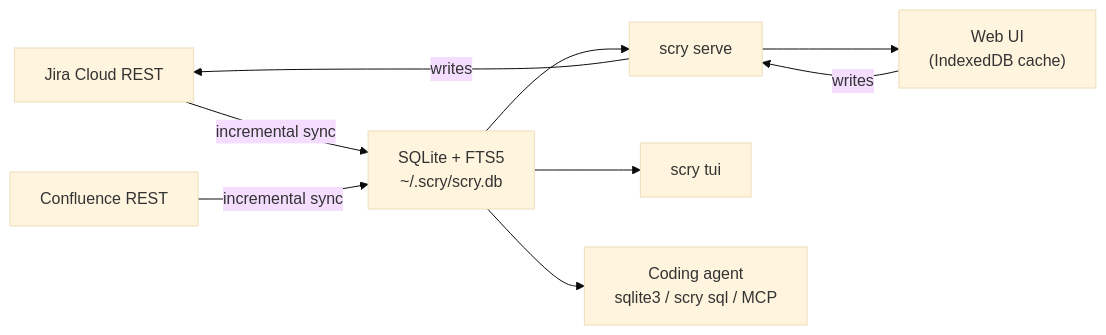
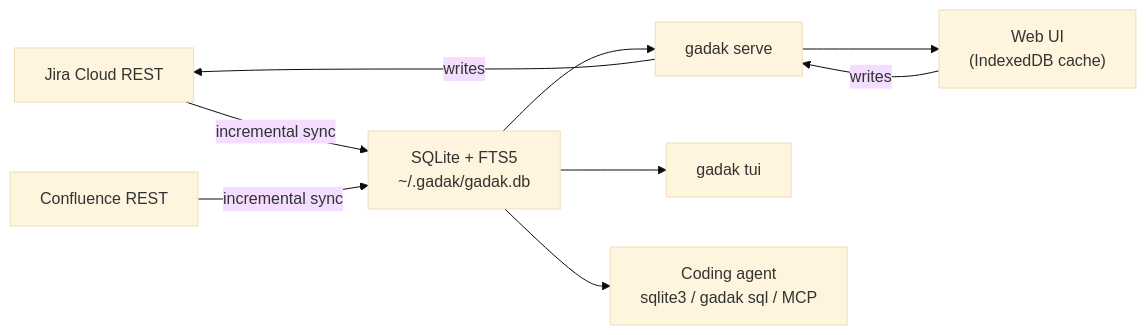
One commit to midagedev/gadak changed the diagram in README.md. Above: the diagram before and after it, drawn with Mermaid (base theme). The commit also changed other lines of this file and 298 other files, not shown here.

First line of the commit message:
refactor: rename the product from scry to gadak

````diff
--- a/README.md
+++ b/README.md
@@ -234,11 +234,11 @@
 ```mermaid
 flowchart LR
-  Jira["Jira Cloud REST"] -->|"incremental sync"| DB["SQLite + FTS5<br/>~/.scry/scry.db"]
+  Jira["Jira Cloud REST"] -->|"incremental sync"| DB["SQLite + FTS5<br/>~/.gadak/gadak.db"]
   Wiki["Confluence REST"] -->|"incremental sync"| DB
-  DB --> Serve["scry serve"]
+  DB --> Serve["gadak serve"]
   Serve --> UI["Web UI<br/>(IndexedDB cache)"]
-  DB --> TUI["scry tui"]
-  DB --> Agent["Coding agent<br/>sqlite3 / scry sql / MCP"]
+  DB --> TUI["gadak tui"]
+  DB --> Agent["Coding agent<br/>sqlite3 / gadak sql / MCP"]
   UI -->|"writes"| Serve
   Serve -->|"writes"| Jira
 ```
````
